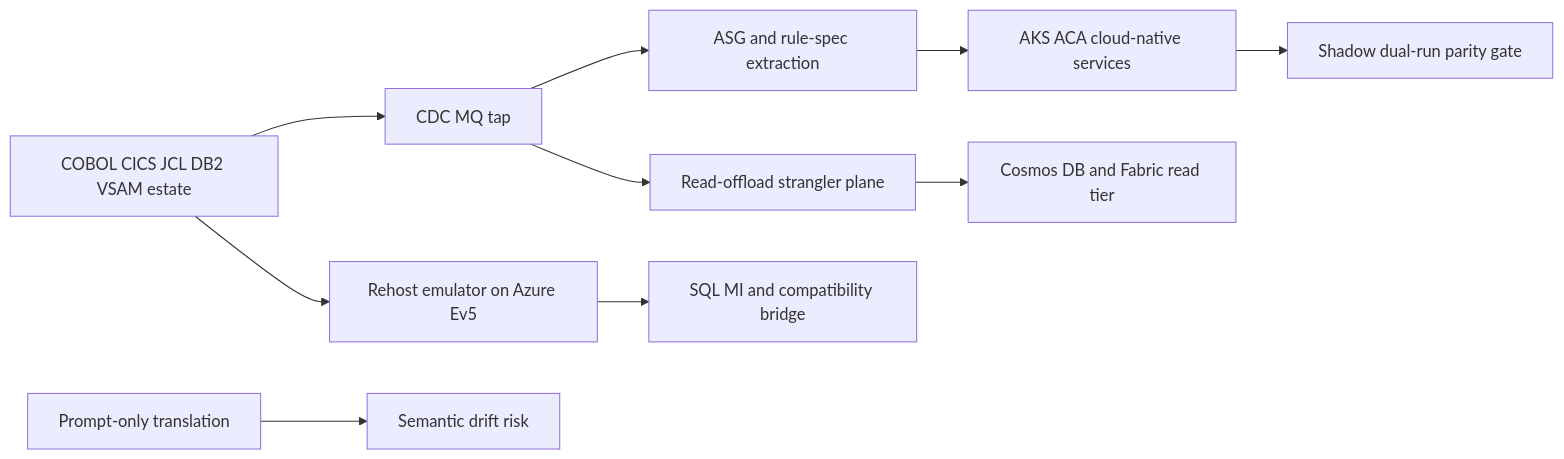
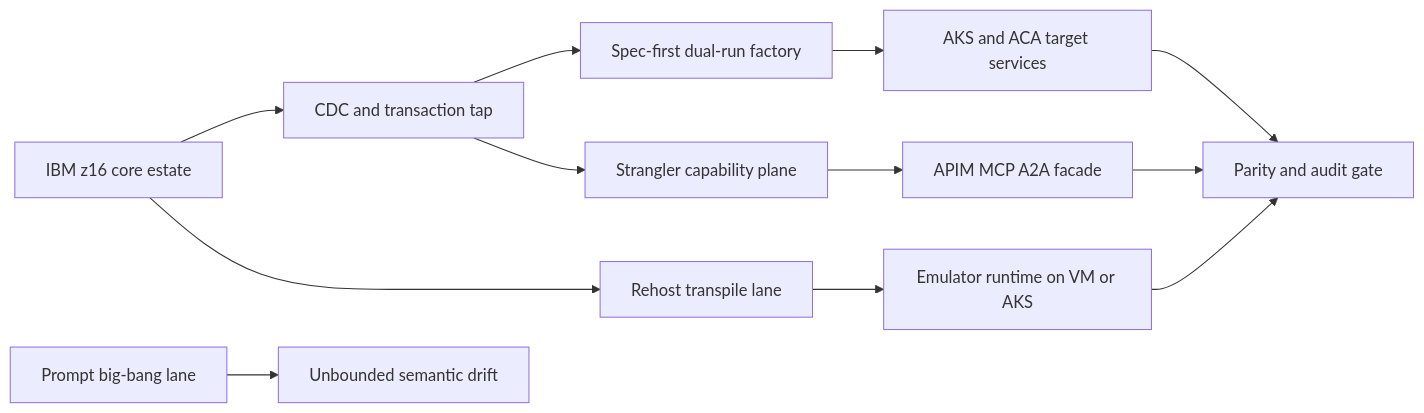
One commit to turbo998/ai-infra-lab changed the first of 3 diagrams in docs/azure-agent-infra/mainframe-cobol-jcl-modernization-spec-dual-run-vs-rehost-vs-strangler-selection-faq.en.md. Above: the diagram before and after it, drawn with Mermaid. The commit also changed other lines of this file and 10 other files, not shown here.

````diff
--- a/docs/azure-agent-infra/mainframe-cobol-jcl-modernization-spec-dual-run-vs-rehost-vs-strangler-selection-faq.en.md
+++ b/docs/azure-agent-infra/mainframe-cobol-jcl-modernization-spec-dual-run-vs-rehost-vs-strangler-selection-faq.en.md
@@ -27,12 +21,14 @@
 ```mermaid
 flowchart LR
-  MF[COBOL CICS JCL DB2 VSAM estate] --> TAP[CDC MQ tap]
-  TAP --> A1[ASG and rule-spec extraction]
-  A1 --> A2[AKS ACA cloud-native services]
-  A2 --> A3[Shadow dual-run parity gate]
-  MF --> B1[Rehost emulator on Azure Ev5]
-  B1 --> B2[SQL MI and compatibility bridge]
-  TAP --> C1[Read-offload strangler plane]
-  C1 --> C2[Cosmos DB and Fabric read tier]
-  D1[Prompt-only translation] --> D2[Semantic drift risk]
+  Z[IBM z16 core estate] --> E[CDC and transaction tap]
+  E --> A[Spec-first dual-run factory]
+  E --> C[Strangler capability plane]
+  Z --> B[Rehost transpile lane]
+  A --> A1[AKS and ACA target services]
+  B --> B1[Emulator runtime on VM or AKS]
+  C --> C1[APIM MCP A2A facade]
+  A1 --> G[Parity and audit gate]
+  B1 --> G
+  C1 --> G
+  D[Prompt big-bang lane] --> X[Unbounded semantic drift]
 ```
````
